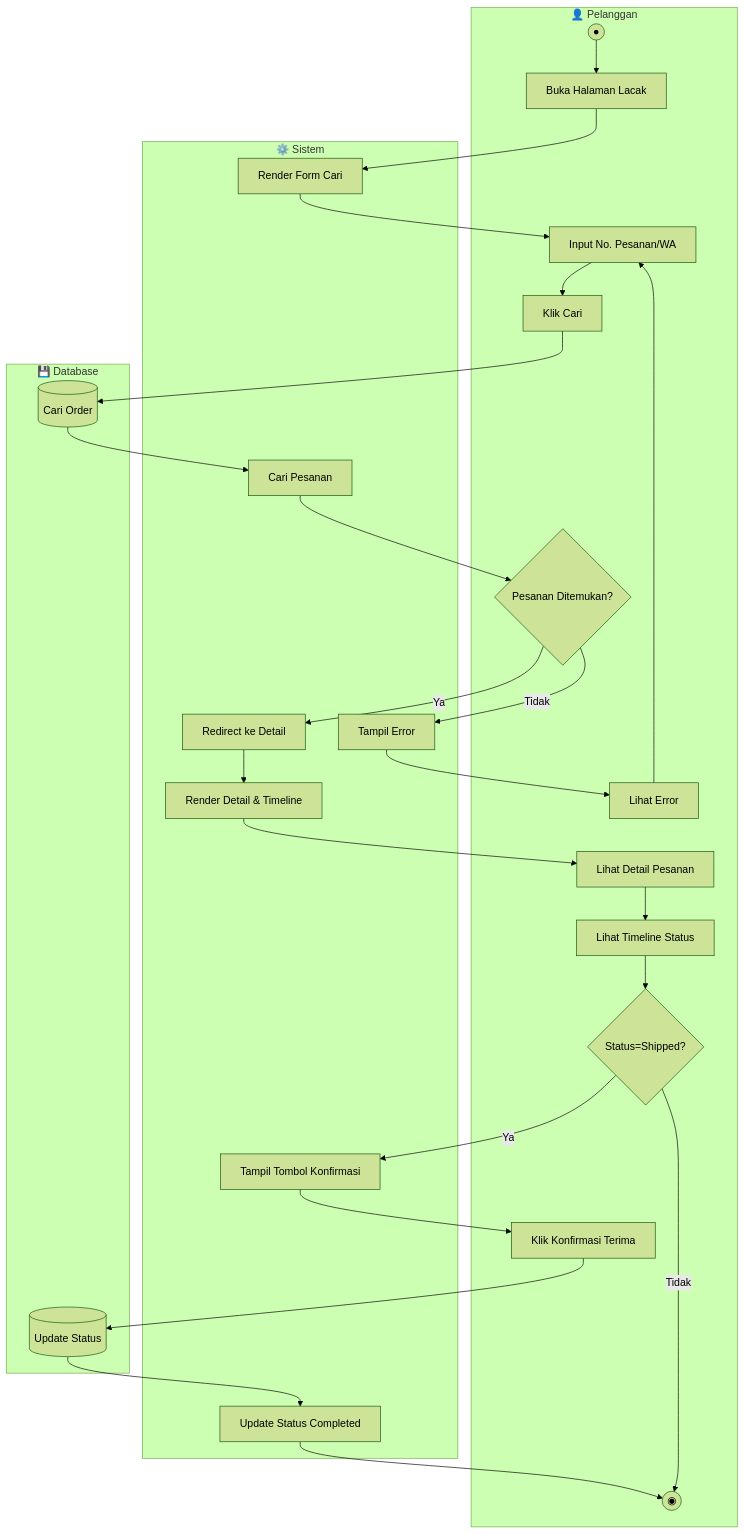
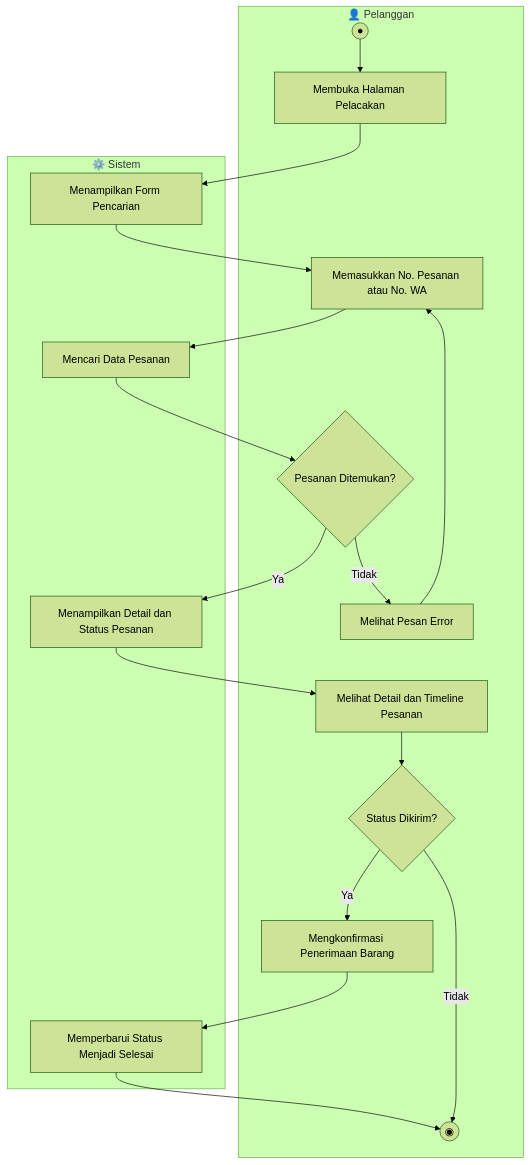
The sixth of 17 diagrams in docs/ACTIVITY_DIAGRAMS.md (mustarisyahding07-spec/WEBSITE_SKRIPSI_MUSTARI), drawn with Mermaid (forest theme) before and after one commit. The commit also changed other lines of this file, not shown here.

Commit message:
docs: simplify activity diagrams and add academic explanations

````diff
--- a/docs/ACTIVITY_DIAGRAMS.md
+++ b/docs/ACTIVITY_DIAGRAMS.md
@@ -341,53 +256,36 @@
 ```mermaid
 flowchart TD
     subgraph Pelanggan["👤 Pelanggan"]
         P1((●))
-        P2[Buka Halaman Lacak]
-        P3[Input No. Pesanan/WA]
-        P4[Klik Cari]
-        P5{Pesanan Ditemukan?}
-        P6[Lihat Error]
-        P7[Lihat Detail Pesanan]
-        P8[Lihat Timeline Status]
-        P9{Status=Shipped?}
-        P10[Klik Konfirmasi Terima]
-        P11((◉))
+        P2[Membuka Halaman Pelacakan]
+        P3[Memasukkan No. Pesanan atau No. WA]
+        P4{Pesanan Ditemukan?}
+        P5[Melihat Pesan Error]
+        P6[Melihat Detail dan Timeline Pesanan]
+        P7{Status Dikirim?}
+        P8[Mengkonfirmasi Penerimaan Barang]
+        P9((◉))
     end
-    
+
     subgraph Sistem["⚙️ Sistem"]
-        S1[Render Form Cari]
-        S2[Cari Pesanan]
-        S3[Tampil Error]
-        S4[Redirect ke Detail]
-        S5[Render Detail & Timeline]
-        S6[Tampil Tombol Konfirmasi]
-        S7[Update Status Completed]
+        S1[Menampilkan Form Pencarian]
+        S2[Mencari Data Pesanan]
+        S3[Menampilkan Detail dan Status Pesanan]
+        S4[Memperbarui Status Menjadi Selesai]
     end
-    
-    subgraph Database["💾 Database"]
-        D1[(Cari Order)]
-        D2[(Update Status)]
-    end
-    
+
     P1 --> P2
     P2 --> S1
     S1 --> P3
-    P3 --> P4
-    P4 --> D1
-    D1 --> S2
-    S2 --> P5
-    P5 -->|Tidak| S3
+    P3 --> S2
+    S2 --> P4
+    P4 -->|Tidak| P5
+    P5 --> P3
+    P4 -->|Ya| S3
     S3 --> P6
-    P6 --> P3
-    P5 -->|Ya| S4
-    S4 --> S5
-    S5 --> P7
-    P7 --> P8
-    P8 --> P9
-    P9 -->|Ya| S6
-    S6 --> P10
-    P10 --> D2
-    D2 --> S7
-    S7 --> P11
-    P9 -->|Tidak| P11
+    P6 --> P7
+    P7 -->|Ya| P8
+    P8 --> S4
+    S4 --> P9
+    P7 -->|Tidak| P9
 ```
````
